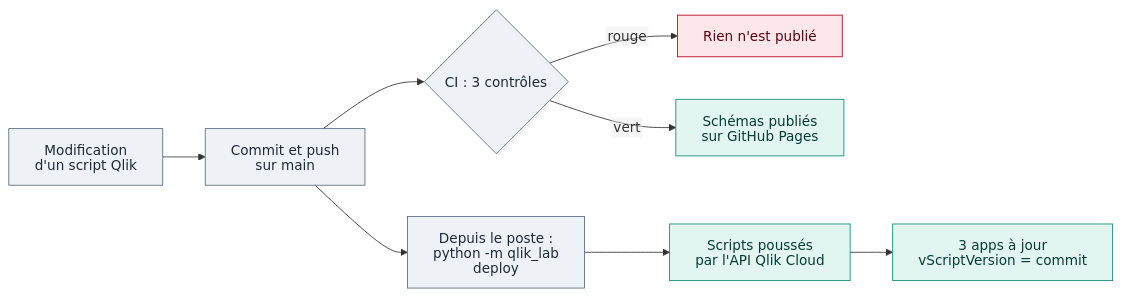
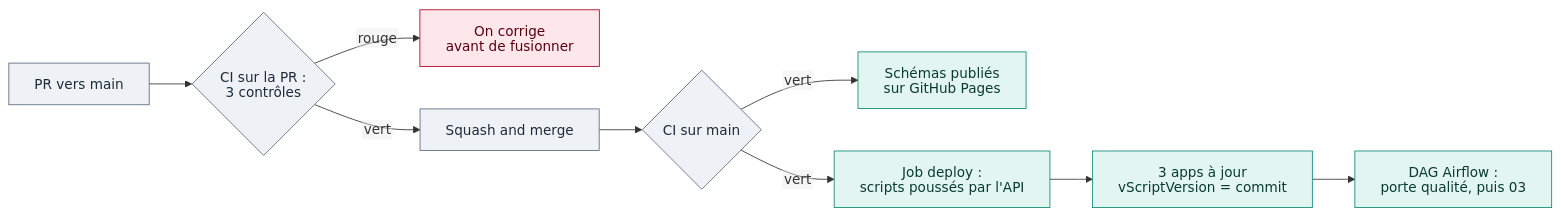
Before and after one commit to cnanaj-wq/qlik-airflow-lab: the diagram in docs/CICD.md, drawn with Mermaid. The commit also changed other lines of this file and 8 other files, not shown here.

Commit message:
Doc : déploiement depuis GitHub Actions et passage par la porte qualité, tels qu'exécutés le 14/11/2026

````diff
--- a/docs/CICD.md
+++ b/docs/CICD.md
@@ -19,18 +19,19 @@
 ```mermaid
 %%{init: {"htmlLabels": false, "flowchart": {"htmlLabels": false}} }%%
 flowchart LR
-    A[Modification<br/>d'un script Qlik] --> B[Commit et push<br/>sur main]
-    B --> C{CI : 3 contrôles}
-    C -- rouge --> X[Rien n'est publié]
-    C -- vert --> P[Schémas publiés<br/>sur GitHub Pages]
-    B --> L[Depuis le poste :<br/>python -m qlik_lab deploy]
-    L --> G[Scripts poussés<br/>par l'API Qlik Cloud]
+    A[PR vers main] --> C{CI sur la PR :<br/>3 contrôles}
+    C -- rouge --> X[On corrige<br/>avant de fusionner]
+    C -- vert --> M[Squash and merge]
+    M --> B{CI sur main}
+    B -- vert --> P[Schémas publiés<br/>sur GitHub Pages]
+    B -- vert --> G[Job deploy :<br/>scripts poussés par l'API]
     G --> H[3 apps à jour<br/>vScriptVersion = commit]
+    H --> Q[DAG Airflow :<br/>porte qualité, puis 03]
 
     classDef ci fill:#eef2f6,stroke:#5b6b7f,color:#1f2a37
     classDef cd fill:#e3f5f1,stroke:#0f8a75,color:#073b33
     classDef stop fill:#fde7ea,stroke:#b00020,color:#5c0010
-    class A,B,C,L ci
-    class G,H,P cd
+    class A,C,M,B ci
+    class G,H,P,Q cd
     class X stop
 ```
````
